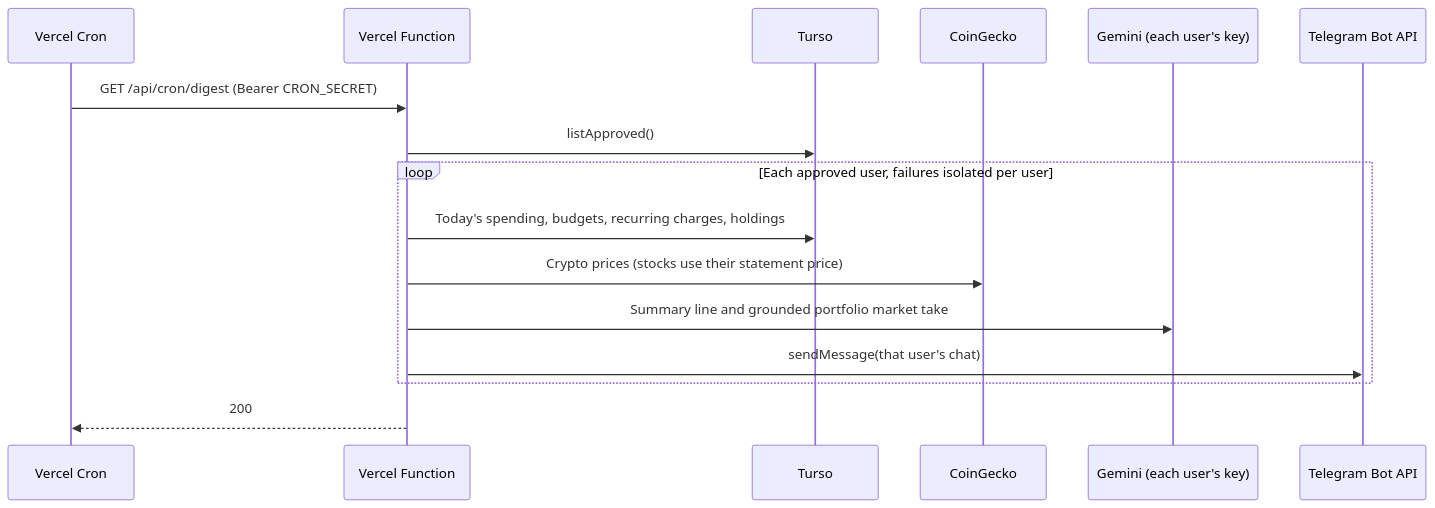
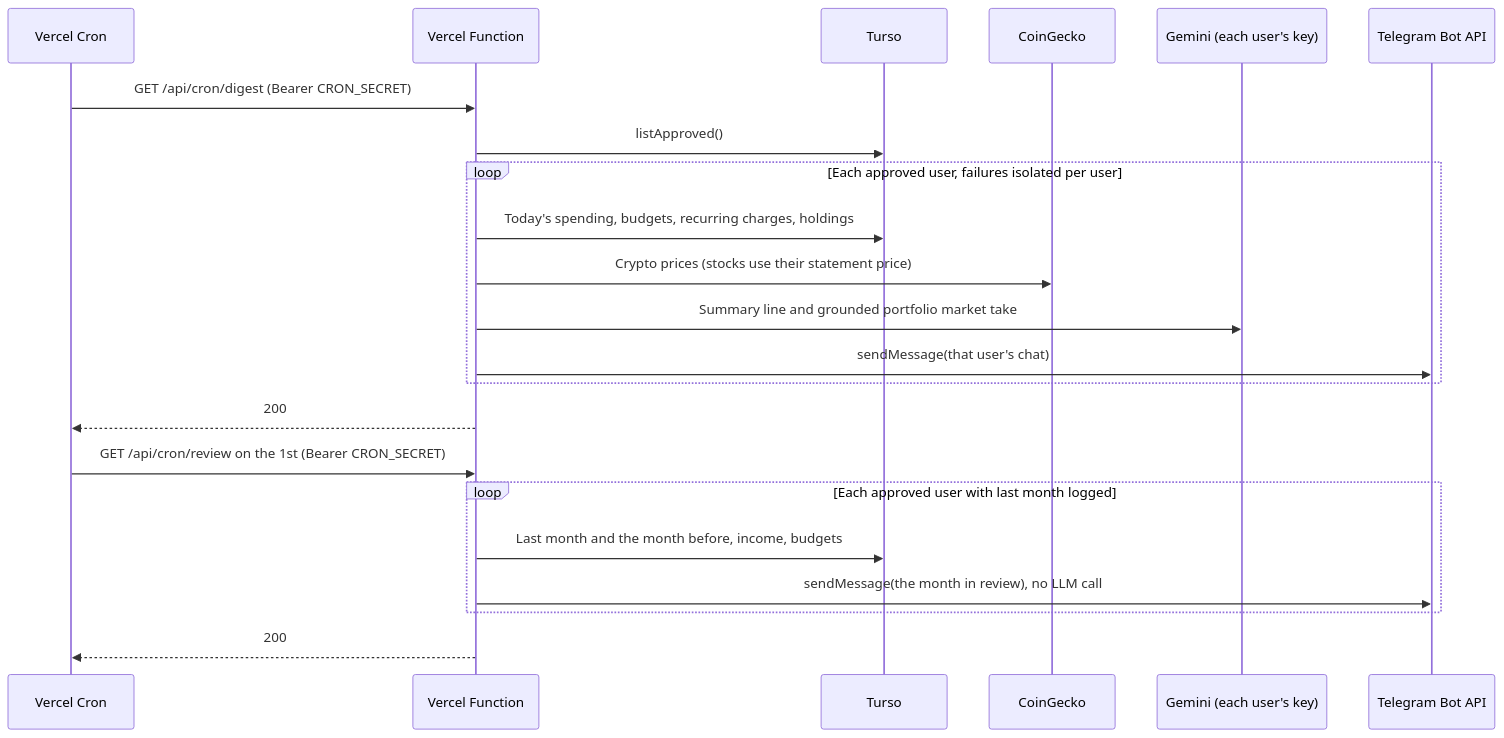
The fifth of 7 diagrams in docs/architecture.md (zzkhong/plutus-ai), drawn with Mermaid before and after one commit. The commit also changed other lines of this file and 3 other files, not shown here.

First line of the commit message:
docs: document buttons, receipts, income, budgets and the month review

````diff
--- a/docs/architecture.md
+++ b/docs/architecture.md
@@ -107,19 +132,26 @@
 ```mermaid
 sequenceDiagram
     participant C as Vercel Cron
     participant F as Vercel Function
     participant DB as Turso
     participant P as CoinGecko
     participant G as Gemini (each user's key)
     participant T as Telegram Bot API
 
     C->>F: GET /api/cron/digest (Bearer CRON_SECRET)
     F->>DB: listApproved()
     loop Each approved user, failures isolated per user
         F->>DB: Today's spending, budgets, recurring charges, holdings
         F->>P: Crypto prices (stocks use their statement price)
         F->>G: Summary line and grounded portfolio market take
         F->>T: sendMessage(that user's chat)
     end
     F-->>C: 200
+
+    C->>F: GET /api/cron/review on the 1st (Bearer CRON_SECRET)
+    loop Each approved user with last month logged
+        F->>DB: Last month and the month before, income, budgets
+        F->>T: sendMessage(the month in review), no LLM call
+    end
+    F-->>C: 200
 ```
````
